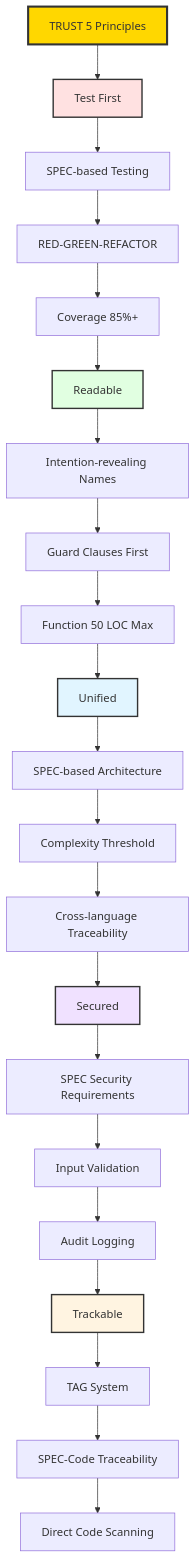
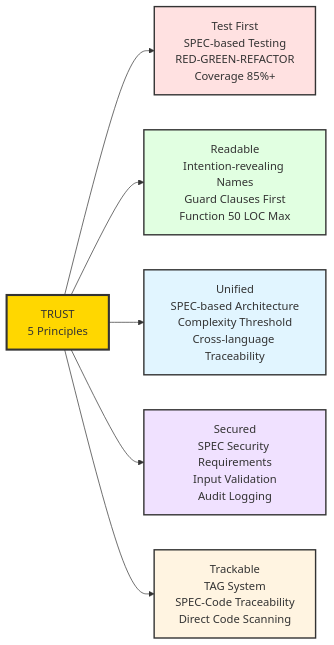
One commit to modu-ai/moai-adk changed the second of 3 diagrams in docs/index.md. Above: the diagram before and after it, drawn with Mermaid.

Commit message:
🎨 LAYOUT: TRUST 5 Principles 차트 컴팩트 LR 레이아웃
- graph LR로 변경하여 가로 방향으로 배치
- <br/> 태그로 각 원칙의 상세 내용을 멀티라인으로 표시
- 기존 세로 체인 레이아웃보다 공간 효율적
- 5가지 원칙과 상세 내용을 한눈에 파악 가능

🤖 Generated with [Claude Code](https://claude.com/claude-code)

````diff
--- a/docs/index.md
+++ b/docs/index.md
@@ -203,36 +203,17 @@
 ```mermaid
-graph TB
-    TRUST[TRUST 5 Principles]
+graph LR
+    TRUST[TRUST<br/>5 Principles]
 
-    TRUST --> T[Test First]
-    T --> T1[SPEC-based Testing]
-    T1 --> T2[RED-GREEN-REFACTOR]
-    T2 --> T3[Coverage 85%+]
-
-    T3 --> R[Readable]
-    R --> R1[Intention-revealing Names]
-    R1 --> R2[Guard Clauses First]
-    R2 --> R3[Function 50 LOC Max]
-
-    R3 --> U[Unified]
-    U --> U1[SPEC-based Architecture]
-    U1 --> U2[Complexity Threshold]
-    U2 --> U3[Cross-language Traceability]
-
-    U3 --> S[Secured]
-    S --> S1[SPEC Security Requirements]
-    S1 --> S2[Input Validation]
-    S2 --> S3[Audit Logging]
-
-    S3 --> Tr[Trackable]
-    Tr --> Tr1[TAG System]
-    Tr1 --> Tr2[SPEC-Code Traceability]
-    Tr2 --> Tr3[Direct Code Scanning]
+    TRUST --> T[Test First<br/>SPEC-based Testing<br/>RED-GREEN-REFACTOR<br/>Coverage 85%+]
+    TRUST --> R[Readable<br/>Intention-revealing Names<br/>Guard Clauses First<br/>Function 50 LOC Max]
+    TRUST --> U[Unified<br/>SPEC-based Architecture<br/>Complexity Threshold<br/>Cross-language Traceability]
+    TRUST --> S[Secured<br/>SPEC Security Requirements<br/>Input Validation<br/>Audit Logging]
+    TRUST --> Tr[Trackable<br/>TAG System<br/>SPEC-Code Traceability<br/>Direct Code Scanning]
 
     style TRUST fill:#ffd700,stroke:#333,stroke-width:3px
     style T fill:#ffe1e1,stroke:#333,stroke-width:2px
     style R fill:#e1ffe1,stroke:#333,stroke-width:2px
     style U fill:#e1f5ff,stroke:#333,stroke-width:2px
     style S fill:#f0e1ff,stroke:#333,stroke-width:2px
     style Tr fill:#fff4e1,stroke:#333,stroke-width:2px
 ```
````
